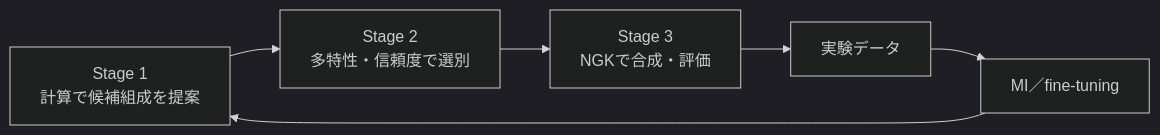
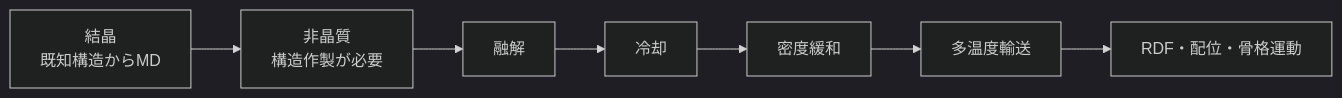
Before and after one commit to Long-Brian-Yang/li-research: the second of 3 diagrams in docs/presentations/pretrained_potential_screening_proposal_7min_ja.md, drawn with Mermaid (dark theme). The commit also changed other lines of this file, not shown here.

````diff
--- a/docs/presentations/pretrained_potential_screening_proposal_7min_ja.md
+++ b/docs/presentations/pretrained_potential_screening_proposal_7min_ja.md
@@ -309,8 +210,9 @@
 ```mermaid
 flowchart LR
-    A[Stage 1<br/>計算で候補組成を提案] --> B[Stage 2<br/>多特性・信頼度で選別]
-    B --> C[Stage 3<br/>NGKで合成・評価]
-    C --> D[実験データ]
-    D --> E[MI／fine-tuning]
-    E --> A
+    A[結晶<br/>既知構造からMD] --> B[非晶質<br/>構造作製が必要]
+    B --> C[融解]
+    C --> D[冷却]
+    D --> E[密度緩和]
+    E --> F[多温度輸送]
+    F --> G[RDF・配位・骨格運動]
 ```
````
